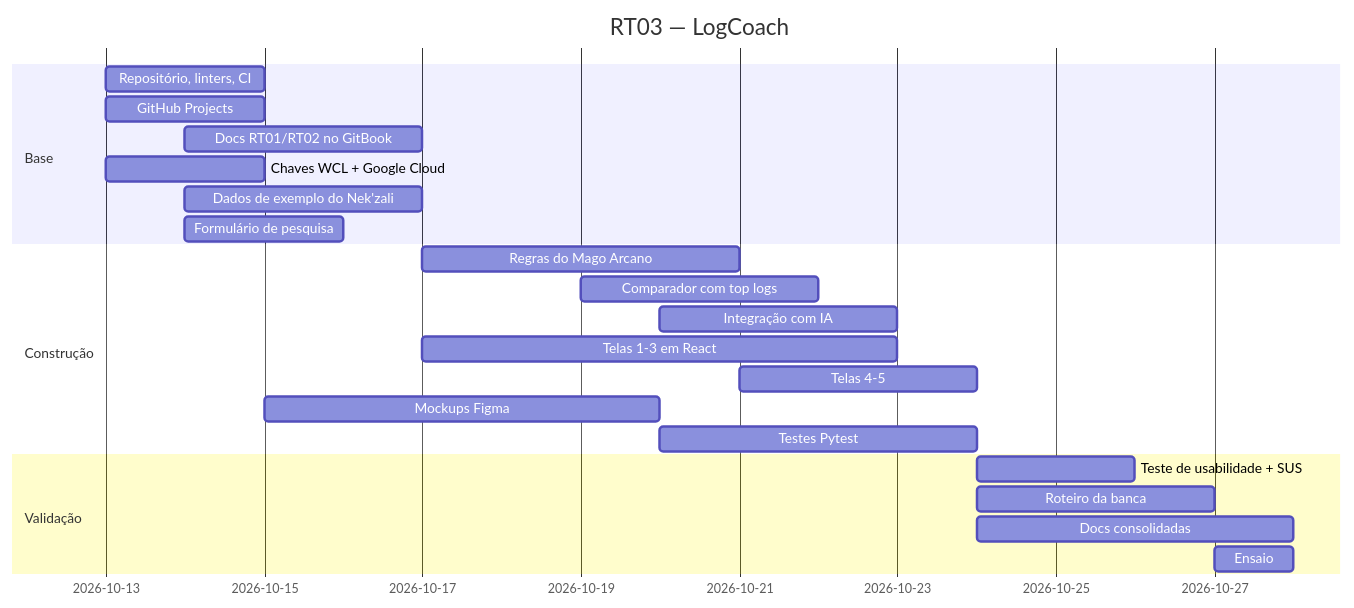
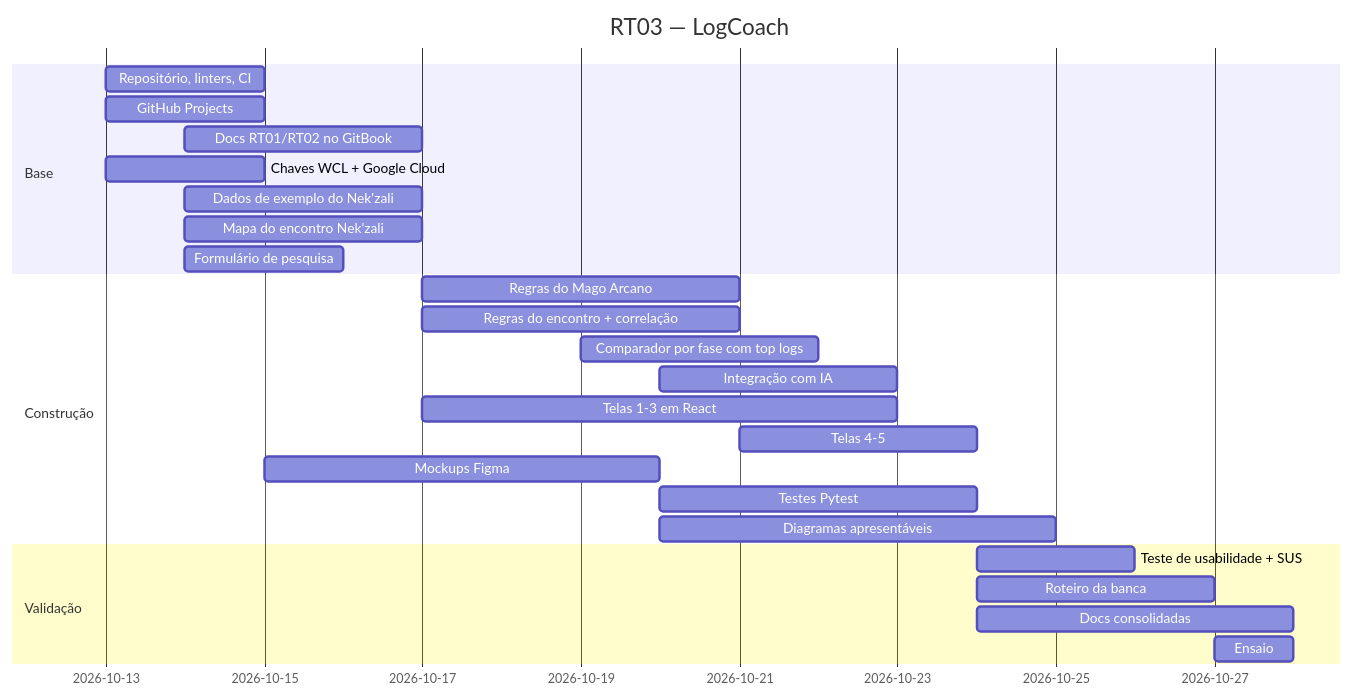
Before and after one commit to jp4inbr/LogCoach: the diagram in docs/06-planejamento-de-tarefas.md, drawn with Mermaid. The commit also changed other lines of this file and 14 other files, not shown here.

````diff
--- a/docs/06-planejamento-de-tarefas.md
+++ b/docs/06-planejamento-de-tarefas.md
@@ -25,25 +28,28 @@
 ```mermaid
 gantt
     dateFormat  YYYY-MM-DD
     title RT03 — LogCoach
     section Base
     Repositório, linters, CI          :2026-10-13, 2d
     GitHub Projects                   :2026-10-13, 2d
     Docs RT01/RT02 no GitBook         :2026-10-14, 3d
     Chaves WCL + Google Cloud         :2026-10-13, 2d
     Dados de exemplo do Nek'zali      :2026-10-14, 3d
+    Mapa do encontro Nek'zali         :2026-10-14, 3d
     Formulário de pesquisa            :2026-10-14, 2d
     section Construção
     Regras do Mago Arcano             :2026-10-17, 4d
-    Comparador com top logs           :2026-10-19, 3d
+    Regras do encontro + correlação   :2026-10-17, 4d
+    Comparador por fase com top logs  :2026-10-19, 3d
     Integração com IA                 :2026-10-20, 3d
     Telas 1-3 em React                :2026-10-17, 6d
     Telas 4-5                         :2026-10-21, 3d
     Mockups Figma                     :2026-10-15, 5d
     Testes Pytest                     :2026-10-20, 4d
+    Diagramas apresentáveis           :2026-10-20, 5d
     section Validação
     Teste de usabilidade + SUS        :2026-10-24, 2d
     Roteiro da banca                  :2026-10-24, 3d
     Docs consolidadas                 :2026-10-24, 4d
     Ensaio                            :2026-10-27, 1d
 ```
````
